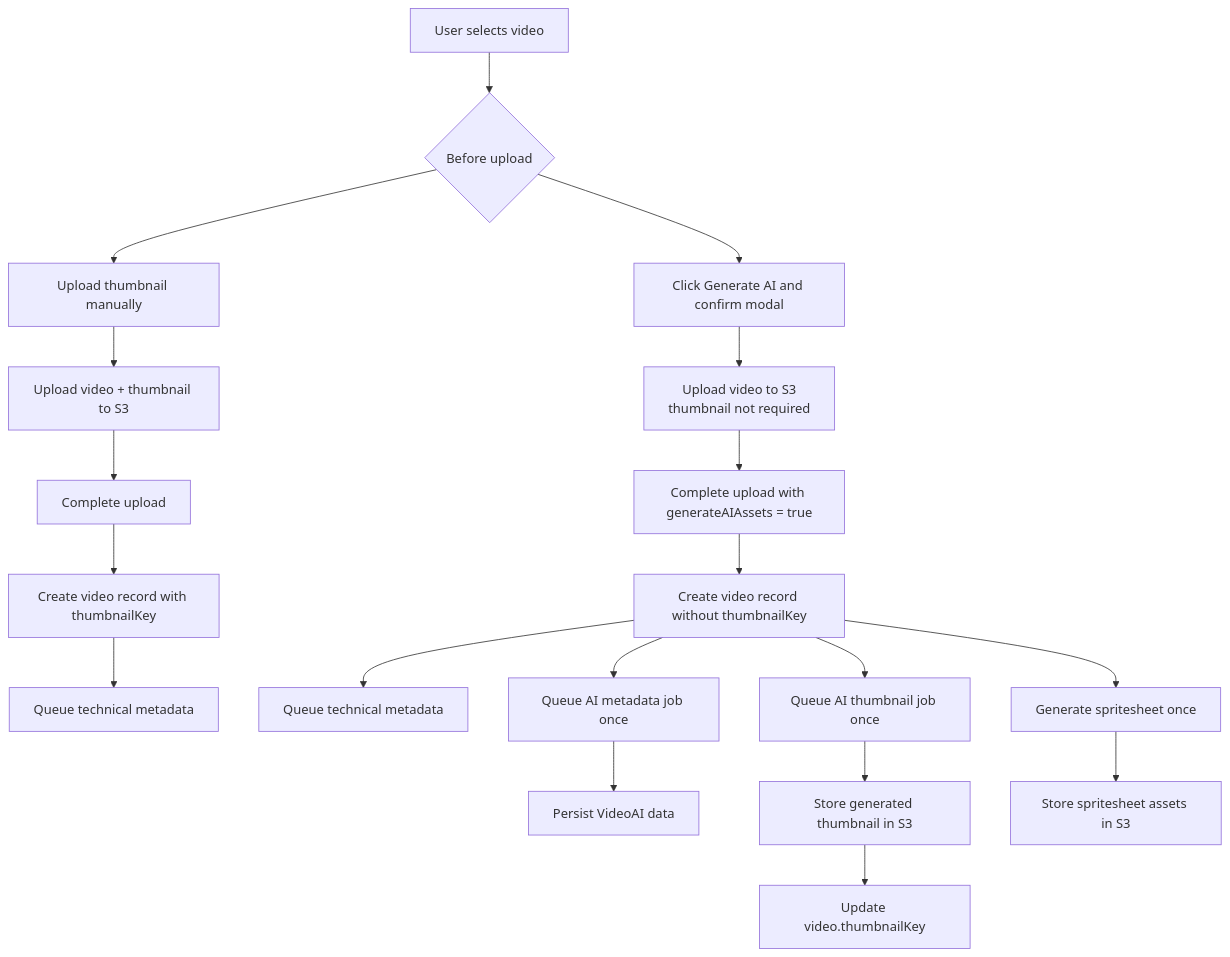
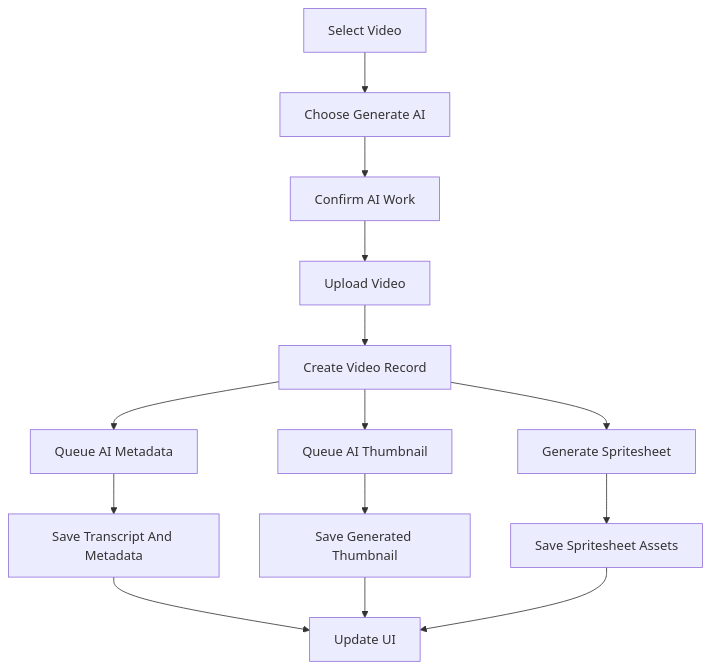
One commit to samakshrastogi/SK-MediaFlow changed the ninth of 22 diagrams in README.md. Above: the diagram before and after it, drawn with Mermaid. The commit also changed other lines of this file, not shown here.

````diff
--- a/README.md
+++ b/README.md
@@ -138,26 +271,16 @@
 ```mermaid
 flowchart TD
-    V["User selects video"] --> CHOICE{"Before upload"}
-    CHOICE --> MANUAL["Upload thumbnail manually"]
-    CHOICE --> AISEL["Click Generate AI and confirm modal"]
-
-    MANUAL --> UPLOAD1["Upload video + thumbnail to S3"]
-    AISEL --> UPLOAD2["Upload video to S3<br/>thumbnail not required"]
-
-    UPLOAD1 --> COMPLETE1["Complete upload"]
-    UPLOAD2 --> COMPLETE2["Complete upload with generateAIAssets = true"]
-
-    COMPLETE1 --> REC1["Create video record with thumbnailKey"]
-    COMPLETE2 --> REC2["Create video record without thumbnailKey"]
-
-    REC1 --> META1["Queue technical metadata"]
-    REC2 --> META2["Queue technical metadata"]
-    REC2 --> AI["Queue AI metadata job once"]
-    REC2 --> THUMB["Queue AI thumbnail job once"]
-    REC2 --> SPRITE["Generate spritesheet once"]
-
-    AI --> DB1["Persist VideoAI data"]
-    THUMB --> S3TH["Store generated thumbnail in S3"]
-    S3TH --> DB2["Update video.thumbnailKey"]
-    SPRITE --> S3SP["Store spritesheet assets in S3"]
+    SELECT["Select Video"] --> CLICKAI["Choose Generate AI"]
+    CLICKAI --> CONFIRM["Confirm AI Work"]
+    CONFIRM --> UPLOAD["Upload Video"]
+    UPLOAD --> RECORD["Create Video Record"]
+    RECORD --> AIMETA["Queue AI Metadata"]
+    RECORD --> AITHUMB["Queue AI Thumbnail"]
+    RECORD --> SPRITE["Generate Spritesheet"]
+    AIMETA --> AIDATA["Save Transcript And Metadata"]
+    AITHUMB --> THUMB["Save Generated Thumbnail"]
+    SPRITE --> SHEET["Save Spritesheet Assets"]
+    AIDATA --> UI["Update UI"]
+    THUMB --> UI
+    SHEET --> UI
 ```
````
